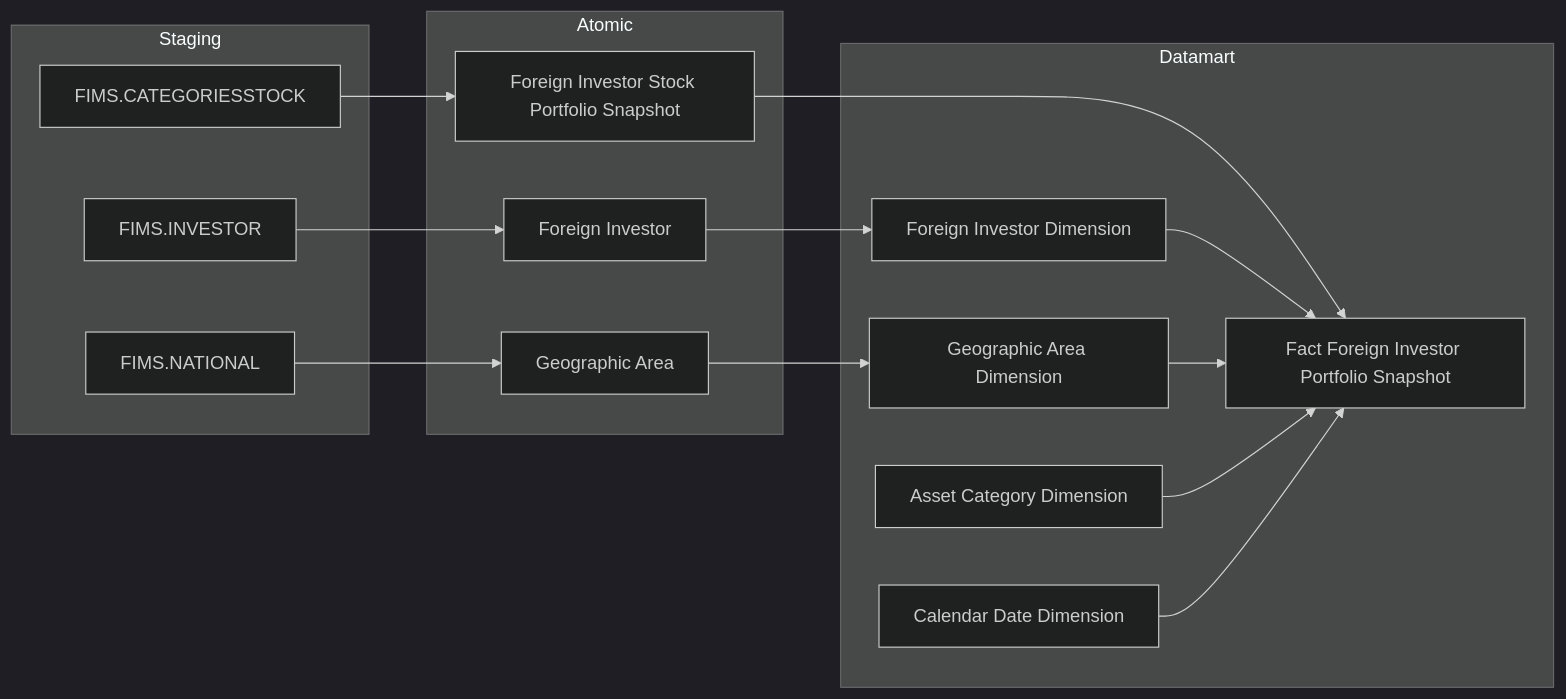
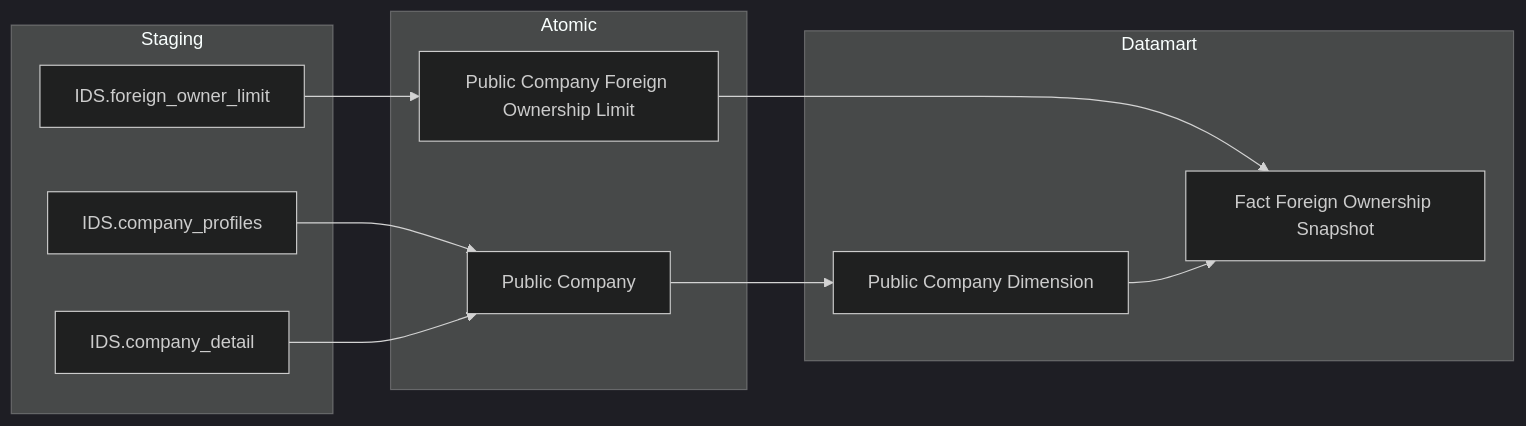
One commit to linhlvit/ubck_atomic_design changed the sixth of 34 diagrams in Datamart/hld/DTM_NDTNN_HLD.md. Above: the diagram before and after it, drawn with Mermaid (dark theme). The commit also changed other lines of this file and 10 other files, not shown here.

````diff
--- a/Datamart/hld/DTM_NDTNN_HLD.md
+++ b/Datamart/hld/DTM_NDTNN_HLD.md
@@ -187,35 +216,27 @@
 ```mermaid
 flowchart LR
     subgraph SRC["Staging"]
-        S1["FIMS.CATEGORIESSTOCK"]
-        S2["FIMS.INVESTOR"]
-        S3["FIMS.NATIONAL"]
+        S1["IDS.foreign_owner_limit"]
+        S2["IDS.company_profiles"]
+        S3["IDS.company_detail"]
     end
 
     subgraph SIL["Atomic"]
-        SV1["Foreign Investor Stock Portfolio Snapshot"]
-        SV2["Foreign Investor"]
-        SV3["Geographic Area"]
+        SV1["Public Company Foreign Ownership Limit"]
+        SV2["Public Company"]
     end
 
     subgraph Datamart["Datamart"]
-        G1["Fact Foreign Investor Portfolio Snapshot"]
-        G2["Foreign Investor Dimension"]
-        G3["Geographic Area Dimension"]
-        G4["Asset Category Dimension"]
-        G5["Calendar Date Dimension"]
+        G2["Public Company Dimension"]
+        G1["Fact Foreign Ownership Snapshot"]
     end
 
     S1 --> SV1
     S2 --> SV2
-    S3 --> SV3
+    S3 --> SV2
 
     SV1 --> G1
     SV2 --> G2
-    SV3 --> G3
 
     G2 --> G1
-    G3 --> G1
-    G4 --> G1
-    G5 --> G1
 ```
````
